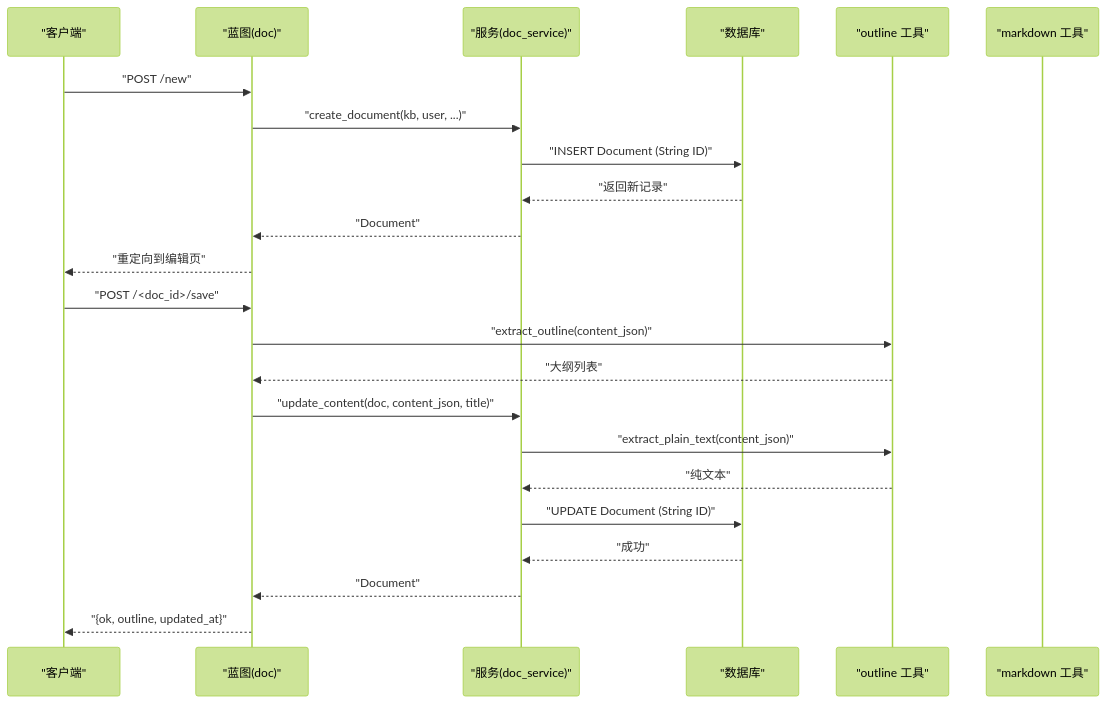
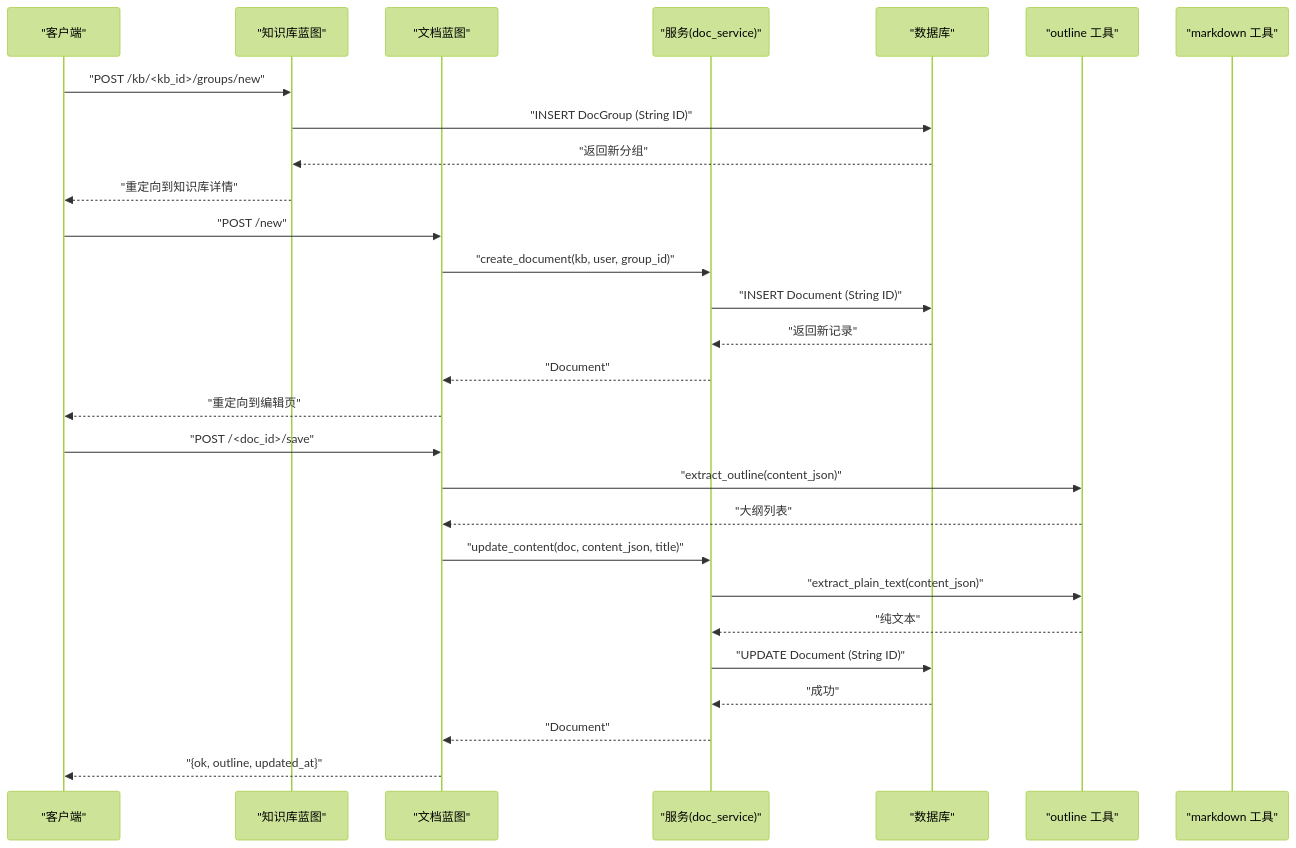
The second of 8 diagrams in .qoder/repowiki/zh/content/数据模型设计/文档模型.md (beyondalbert/my_wiki), drawn with Mermaid (forest theme) before and after one commit. The commit also changed other lines of this file and 5 other files, not shown here.

````diff
--- a/.qoder/repowiki/zh/content/数据模型设计/文档模型.md
+++ b/.qoder/repowiki/zh/content/数据模型设计/文档模型.md
@@ -192,25 +224,30 @@
 ```mermaid
 sequenceDiagram
 participant C as "客户端"
-participant BP as "蓝图(doc)"
+participant KB as "知识库蓝图"
+participant DOC as "文档蓝图"
 participant SVC as "服务(doc_service)"
 participant DB as "数据库"
 participant OUT as "outline 工具"
 participant MD as "markdown 工具"
-C->>BP : "POST /new"
-BP->>SVC : "create_document(kb, user, ...)"
+C->>KB : "POST /kb/<kb_id>/groups/new"
+KB->>DB : "INSERT DocGroup (String ID)"
+DB-->>KB : "返回新分组"
+KB-->>C : "重定向到知识库详情"
+C->>DOC : "POST /new"
+DOC->>SVC : "create_document(kb, user, group_id)"
 SVC->>DB : "INSERT Document (String ID)"
 DB-->>SVC : "返回新记录"
-SVC-->>BP : "Document"
-BP-->>C : "重定向到编辑页"
-C->>BP : "POST /<doc_id>/save"
-BP->>OUT : "extract_outline(content_json)"
-OUT-->>BP : "大纲列表"
-BP->>SVC : "update_content(doc, content_json, title)"
+SVC-->>DOC : "Document"
+DOC-->>C : "重定向到编辑页"
+C->>DOC : "POST /<doc_id>/save"
+DOC->>OUT : "extract_outline(content_json)"
+OUT-->>DOC : "大纲列表"
+DOC->>SVC : "update_content(doc, content_json, title)"
 SVC->>OUT : "extract_plain_text(content_json)"
 OUT-->>SVC : "纯文本"
 SVC->>DB : "UPDATE Document (String ID)"
 DB-->>SVC : "成功"
-SVC-->>BP : "Document"
-BP-->>C : "{ok, outline, updated_at}"
+SVC-->>DOC : "Document"
+DOC-->>C : "{ok, outline, updated_at}"
 ```
````
